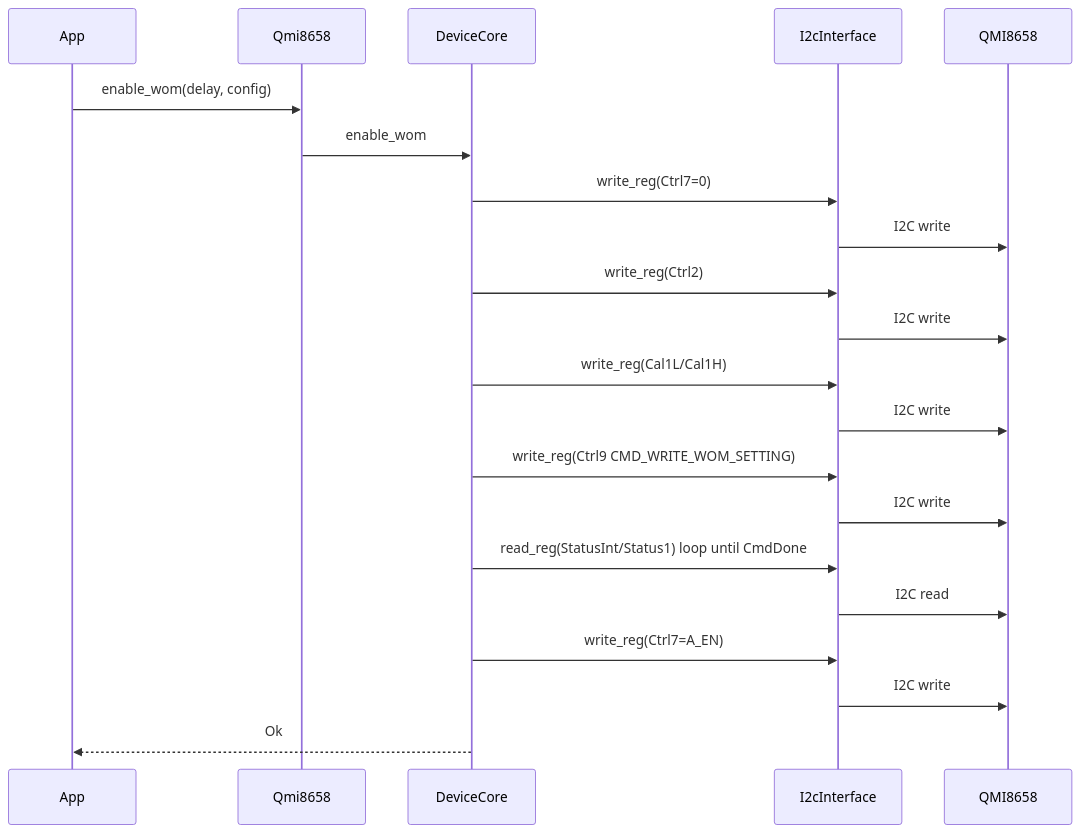
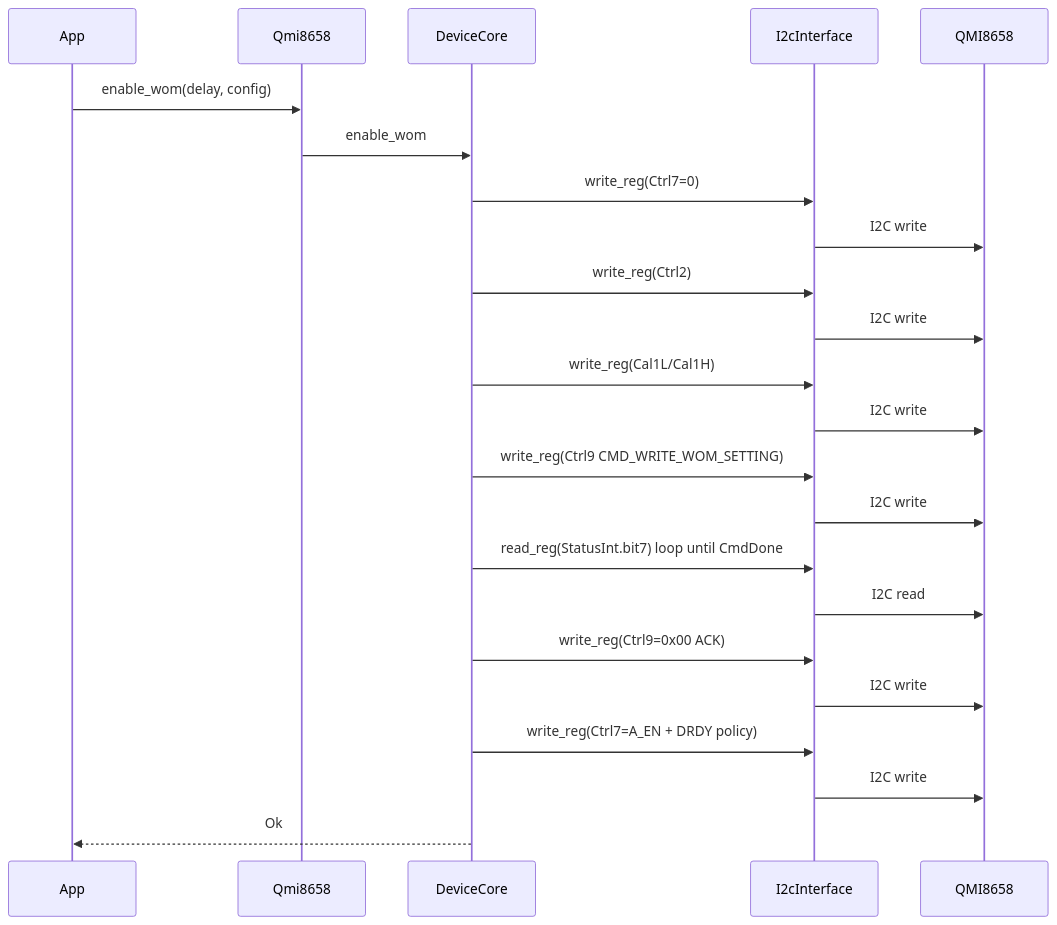
Before and after one commit to photon-circus/ph-qmi8658-imu: the fifth of 5 diagrams in crates/qmi8658/ARCHITECTURE.md, drawn with Mermaid. The commit also changed other lines of this file and 10 other files, not shown here.

````diff
--- a/crates/qmi8658/ARCHITECTURE.md
+++ b/crates/qmi8658/ARCHITECTURE.md
@@ -135,24 +148,26 @@
 ```mermaid
 sequenceDiagram
   participant App
   participant Driver as Qmi8658
   participant Core as DeviceCore
   participant Bus as I2cInterface
   participant Dev as QMI8658
 
   App->>Driver: enable_wom(delay, config)
   Driver->>Core: enable_wom
   Core->>Bus: write_reg(Ctrl7=0)
   Bus->>Dev: I2C write
   Core->>Bus: write_reg(Ctrl2)
   Bus->>Dev: I2C write
   Core->>Bus: write_reg(Cal1L/Cal1H)
   Bus->>Dev: I2C write
   Core->>Bus: write_reg(Ctrl9 CMD_WRITE_WOM_SETTING)
   Bus->>Dev: I2C write
-  Core->>Bus: read_reg(StatusInt/Status1) loop until CmdDone
+  Core->>Bus: read_reg(StatusInt.bit7) loop until CmdDone
   Bus->>Dev: I2C read
-  Core->>Bus: write_reg(Ctrl7=A_EN)
+  Core->>Bus: write_reg(Ctrl9=0x00 ACK)
+  Bus->>Dev: I2C write
+  Core->>Bus: write_reg(Ctrl7=A_EN + DRDY policy)
   Bus->>Dev: I2C write
   Core-->>App: Ok
 ```
````
